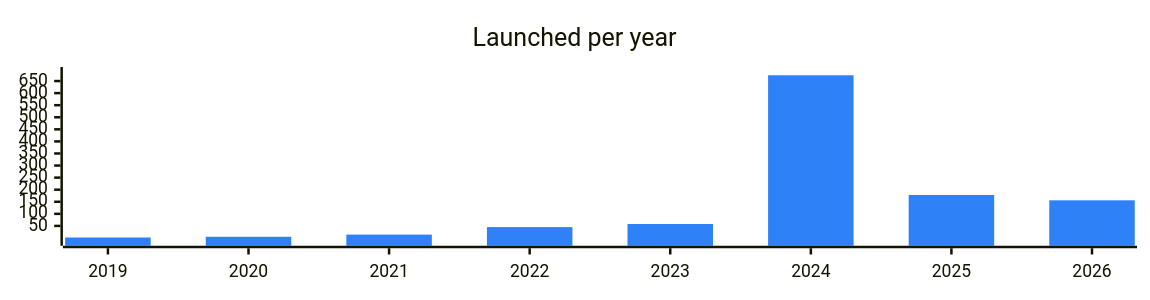
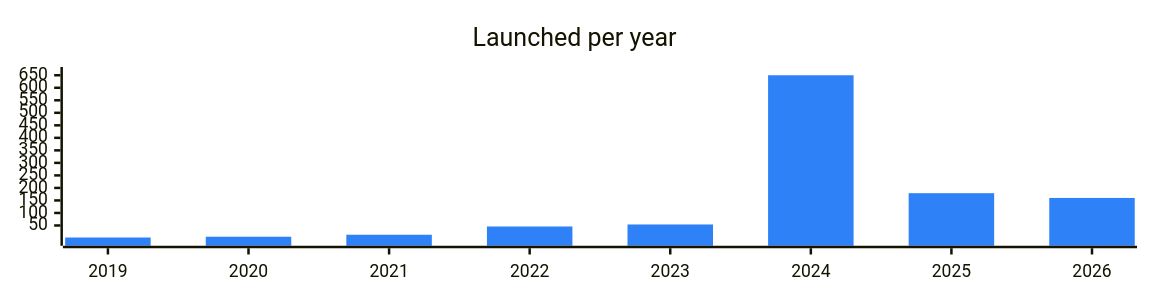
The diagram in categories/games.md (vitalikgpt/gram-ecosystem), drawn with Mermaid before and after one commit. The commit also changed other lines of this file and 69 other files, not shown here.

````diff
--- a/categories/games.md
+++ b/categories/games.md
@@ -7,7 +7,7 @@
 ```mermaid
 %%{init: {"xyChart": {"width": 900, "height": 220}, "themeVariables": {"xyChart": {"plotColorPalette": "#2f81f7"}}}}%%
 xychart-beta
   title "Launched per year"
   x-axis ["2019", "2020", "2021", "2022", "2023", "2024", "2025", "2026"]
-  bar [2, 5, 14, 45, 58, 674, 178, 156]
+  bar [2, 5, 13, 46, 54, 650, 179, 160]
 ```
````
